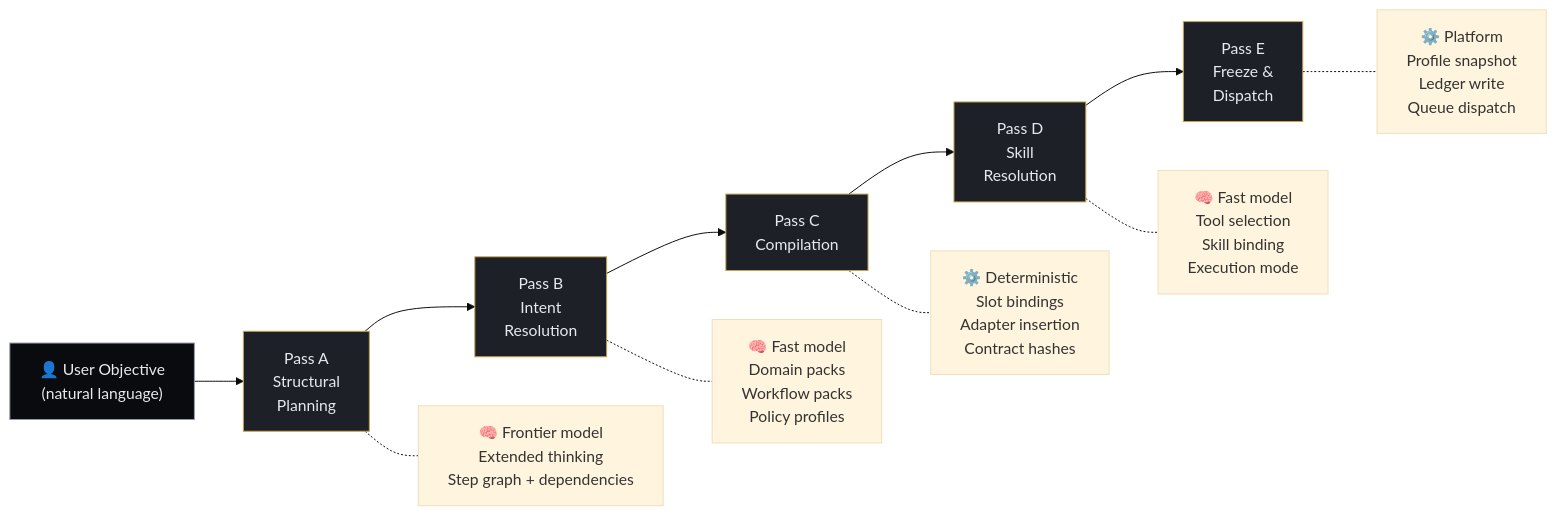
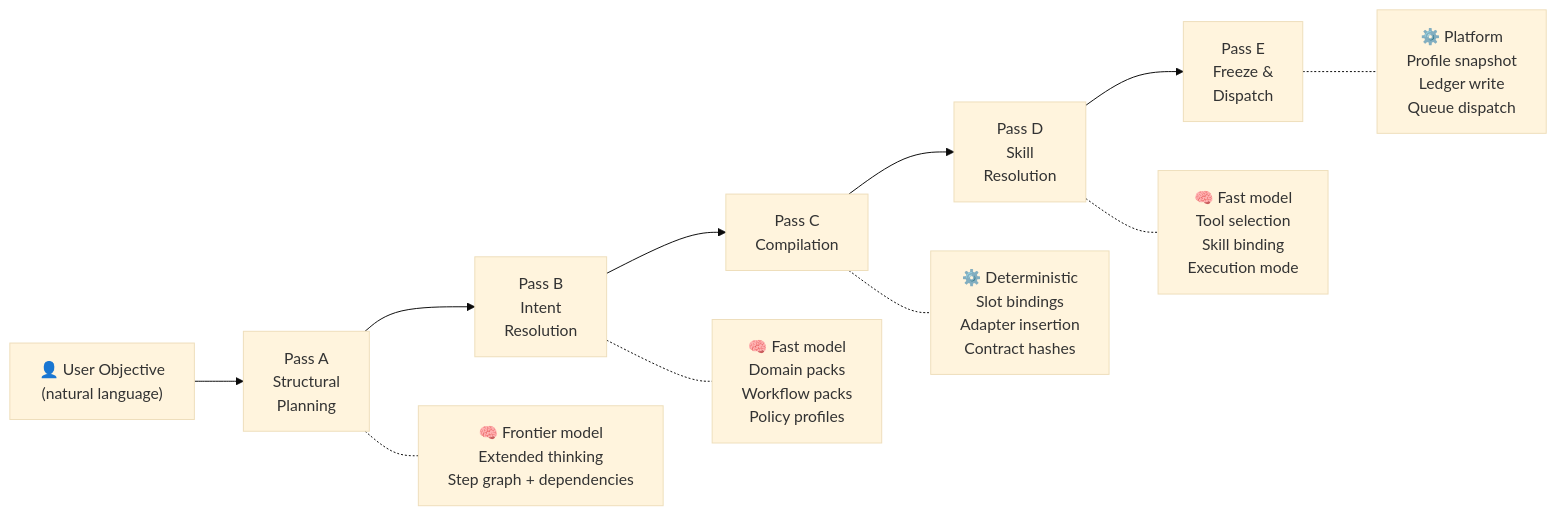
The first of 10 diagrams in docs/diagrams-draft.md (amadalis-ai/forge-architecture), drawn with Mermaid (base theme) before and after one commit. The commit also changed other lines of this file, not shown here.

Commit message:
Remove custom dark styling from diagrams — use GitHub default theme for visibility

````diff
--- a/docs/diagrams-draft.md
+++ b/docs/diagrams-draft.md
@@ -12,28 +12,17 @@
 ```mermaid
 flowchart LR
     U["👤 User Objective\n(natural language)"]
     A["Pass A\nStructural\nPlanning"]
     B["Pass B\nIntent\nResolution"]
     C["Pass C\nCompilation"]
     D["Pass D\nSkill\nResolution"]
     E["Pass E\nFreeze &\nDispatch"]
 
-    U --> A
-    A --> B
-    B --> C
-    C --> D
-    D --> E
-
-    style A fill:#1e2028,stroke:#c8a44e,color:#e8e9ed
-    style B fill:#1e2028,stroke:#c8a44e,color:#e8e9ed
-    style C fill:#1e2028,stroke:#c8a44e,color:#e8e9ed
-    style D fill:#1e2028,stroke:#c8a44e,color:#e8e9ed
-    style E fill:#1e2028,stroke:#c8a44e,color:#e8e9ed
-    style U fill:#0a0b0f,stroke:#9498a8,color:#e8e9ed
+    U --> A --> B --> C --> D --> E
 
     A -.- A1["🧠 Frontier model\nExtended thinking\nStep graph + dependencies"]
     B -.- B1["🧠 Fast model\nDomain packs\nWorkflow packs\nPolicy profiles"]
     C -.- C1["⚙️ Deterministic\nSlot bindings\nAdapter insertion\nContract hashes"]
     D -.- D1["🧠 Fast model\nTool selection\nSkill binding\nExecution mode"]
     E -.- E1["⚙️ Platform\nProfile snapshot\nLedger write\nQueue dispatch"]
 ```
````
